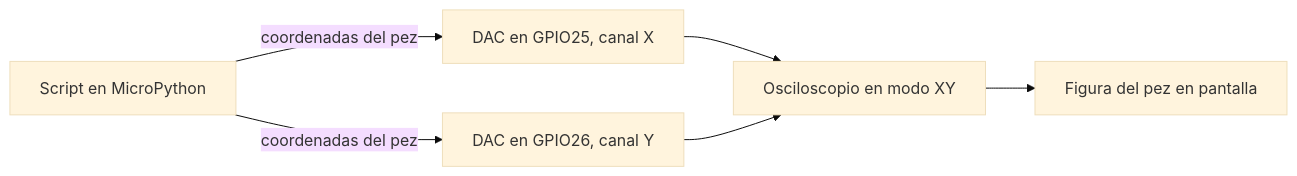
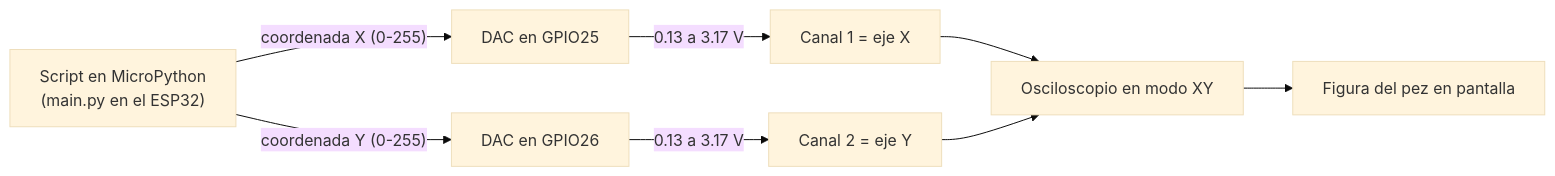
One commit to Dathinel/Sensores-Teoria changed the first of 2 diagrams in 5-parcial-figuras-lissauer/README.md. Above: the diagram before and after it, drawn with Mermaid (base theme). The commit also changed other lines of this file and 154 other files, not shown here.

````diff
--- a/5-parcial-figuras-lissauer/README.md
+++ b/5-parcial-figuras-lissauer/README.md
@@ -17,8 +40,10 @@
 ```mermaid
 flowchart LR
-    Script[Script en MicroPython] -->|coordenadas del pez| DacX[DAC en GPIO25, canal X]
-    Script -->|coordenadas del pez| DacY[DAC en GPIO26, canal Y]
-    DacX --> Osciloscopio[Osciloscopio en modo XY]
-    DacY --> Osciloscopio
-    Osciloscopio --> Figura[Figura del pez en pantalla]
+    Script["Script en MicroPython<br/>(main.py en el ESP32)"] -->|"coordenada X (0-255)"| DacX["DAC en GPIO25"]
+    Script -->|"coordenada Y (0-255)"| DacY["DAC en GPIO26"]
+    DacX -->|"0.13 a 3.17 V"| CH1["Canal 1 = eje X"]
+    DacY -->|"0.13 a 3.17 V"| CH2["Canal 2 = eje Y"]
+    CH1 --> Osciloscopio["Osciloscopio en modo XY"]
+    CH2 --> Osciloscopio
+    Osciloscopio --> Figura["Figura del pez en pantalla"]
 ```
````
